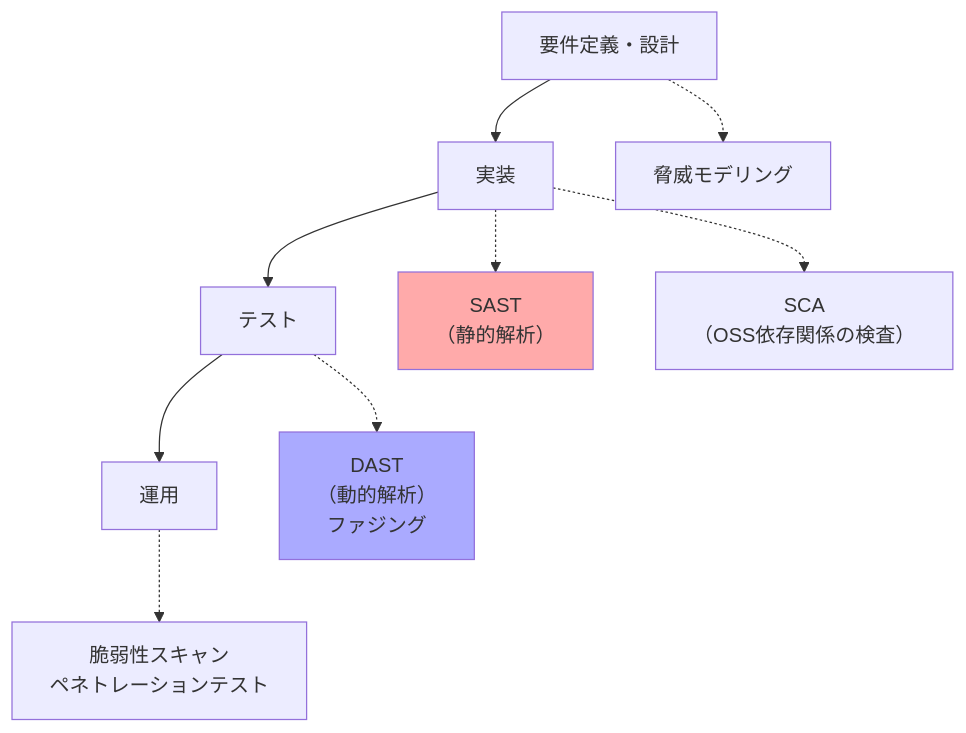
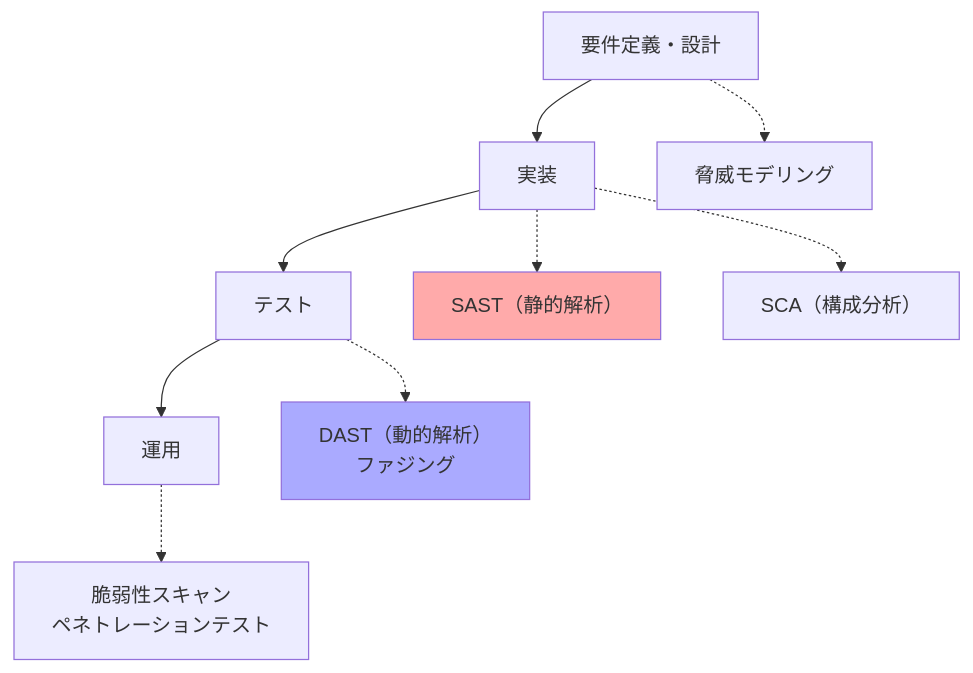
Diagram 18 of 28 in セキュリティ/情報処理安全確保支援士/過去問道場.md (self-study-engineer/study-technology), drawn with Mermaid before and after one commit. The commit also changed other lines of this file and 2 other files, not shown here.

````diff
--- a/セキュリティ/情報処理安全確保支援士/過去問道場.md
+++ b/セキュリティ/情報処理安全確保支援士/過去問道場.md
@@ -1132,15 +1138,15 @@
 ```mermaid
 flowchart TD
   R["要件定義・設計"] --> C["実装"]
   C --> T["テスト"]
   T --> O["運用"]
 
   R -.-> TM["脅威モデリング"]
-  C -.-> SAST["SAST<br>（静的解析）"]
-  C -.-> SCA["SCA<br>（OSS依存関係の検査）"]
-  T -.-> DAST["DAST<br>（動的解析）<br>ファジング"]
+  C -.-> SAST["SAST（静的解析）"]
+  C -.-> SCA["SCA（構成分析）"]
+  T -.-> DAST["DAST（動的解析）<br>ファジング"]
   O -.-> VS["脆弱性スキャン<br>ペネトレーションテスト"]
 
   style SAST fill:#faa
   style DAST fill:#aaf
 ```
````
